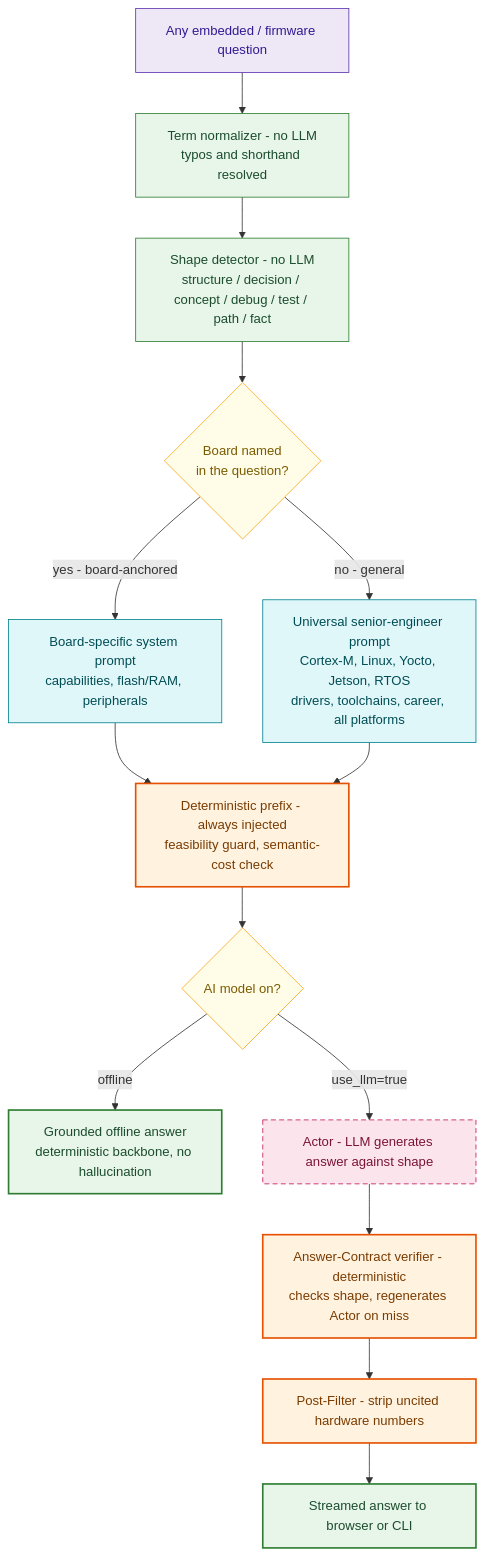
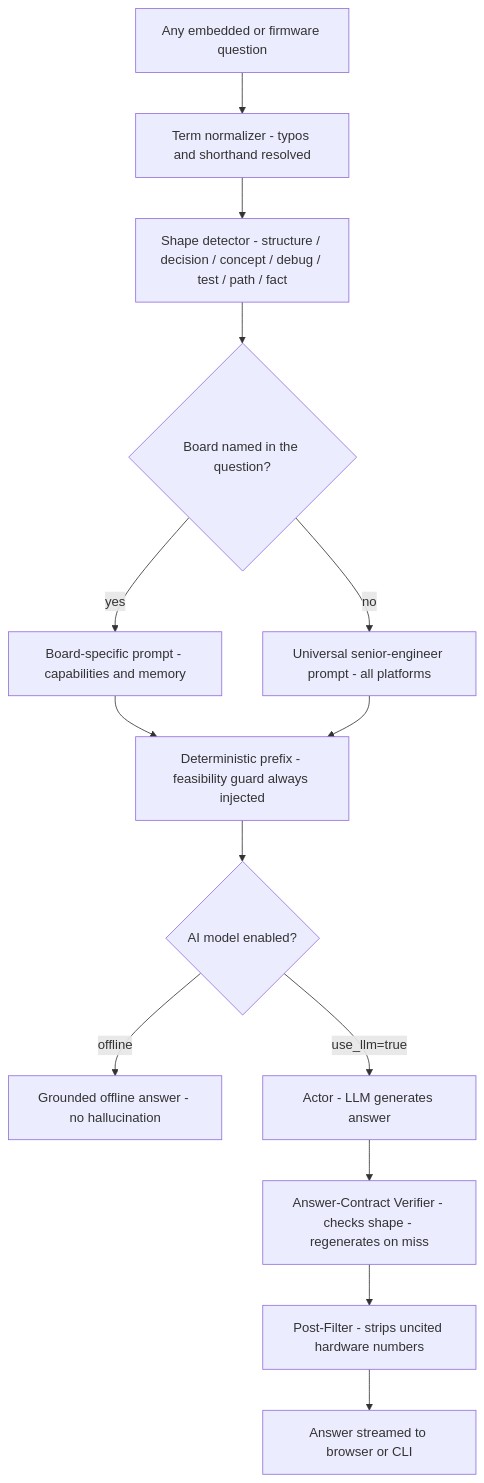
Before and after one commit to Ashut90/eaedk: the second of 3 diagrams in README.md, drawn with Mermaid. The commit also changed other lines of this file, not shown here.

First line of the commit message:
fix(readme): fix mermaid diagrams for GitHub rendering

````diff
--- a/README.md
+++ b/README.md
@@ -284,30 +281,22 @@
 ```mermaid
 flowchart TD
-    Q["Any embedded / firmware question"]:::in
+    Q[Any embedded or firmware question]
 
-    Q --> NORM["Term normalizer - no LLM\ntypos and shorthand resolved"]:::core
-    NORM --> SHAPE["Shape detector - no LLM\nstructure / decision / concept / debug / test / path / fact"]:::core
+    Q --> NORM[Term normalizer - typos and shorthand resolved]
+    NORM --> SHAPE[Shape detector - structure / decision / concept / debug / test / path / fact]
 
-    SHAPE --> SYS{"Board named\nin the question?"}:::dec
-    SYS -->|yes - board-anchored| BP["Board-specific system prompt\ncapabilities, flash/RAM, peripherals"]:::frame
-    SYS -->|no - general| GP["Universal senior-engineer prompt\nCortex-M, Linux, Yocto, Jetson, RTOS\ndrivers, toolchains, career, all platforms"]:::frame
+    SHAPE --> SYS{Board named in the question?}
+    SYS -->|yes| BP[Board-specific prompt - capabilities and memory]
+    SYS -->|no| GP[Universal senior-engineer prompt - all platforms]
 
     BP --> LEAD
     GP --> LEAD
-    LEAD["Deterministic prefix - always injected\nfeasibility guard, semantic-cost check"]:::guard
+    LEAD[Deterministic prefix - feasibility guard always injected]
 
-    LEAD --> OFF{"AI model on?"}:::dec
-    OFF -->|offline| AOFF["Grounded offline answer\ndeterministic backbone, no hallucination"]:::ok
-    OFF -->|use_llm=true| ACT["Actor - LLM generates answer against shape"]:::llm
-    ACT --> CON["Answer-Contract verifier - deterministic\nchecks shape, regenerates Actor on miss"]:::guard
-    CON --> PF["Post-Filter - strip uncited hardware numbers"]:::guard
-    PF --> ANS["Streamed answer to browser or CLI"]:::ok
-
-    classDef in fill:#ede7f6,stroke:#5e35b1,color:#311b92;
-    classDef core fill:#e8f5e9,stroke:#2e7d32,color:#1b4d2e;
-    classDef frame fill:#e0f7fa,stroke:#00838f,color:#004d54;
-    classDef guard fill:#fff3e0,stroke:#e65100,stroke-width:2px,color:#7a3b00;
-    classDef llm fill:#fce4ec,stroke:#c2185b,stroke-dasharray:6 4,color:#7a1438;
-    classDef ok fill:#e8f5e9,stroke:#2e7d32,stroke-width:2px,color:#1b4d2e;
-    classDef dec fill:#fffde7,stroke:#f9a825,color:#7a5b00;
+    LEAD --> OFF{AI model enabled?}
+    OFF -->|offline| AOFF[Grounded offline answer - no hallucination]
+    OFF -->|use_llm=true| ACT[Actor - LLM generates answer]
+    ACT --> CON[Answer-Contract Verifier - checks shape - regenerates on miss]
+    CON --> PF[Post-Filter - strips uncited hardware numbers]
+    PF --> ANS[Answer streamed to browser or CLI]
 ```
````
